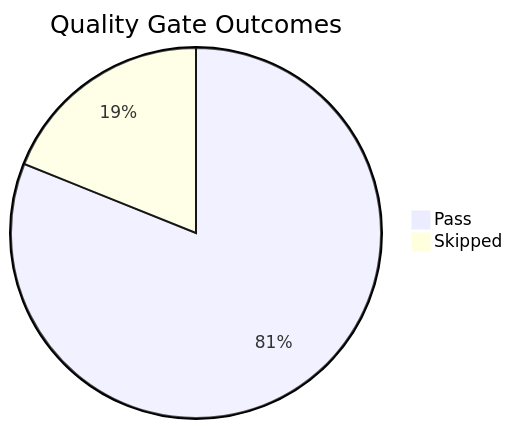
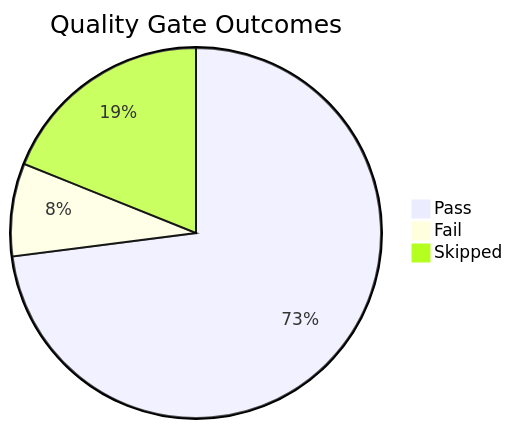
Before and after one commit to yeongseon/azure-app-service-practical-guide: the diagram in docs/meta/golden-status.md, drawn with Mermaid. The commit also changed other lines of this file, not shown here.

````diff
--- a/docs/meta/golden-status.md
+++ b/docs/meta/golden-status.md
@@ -42,5 +42,6 @@
 ```mermaid
 pie title Quality Gate Outcomes
-    "Pass" : 30
+    "Pass" : 27
+    "Fail" : 3
     "Skipped" : 7
 ```
````
